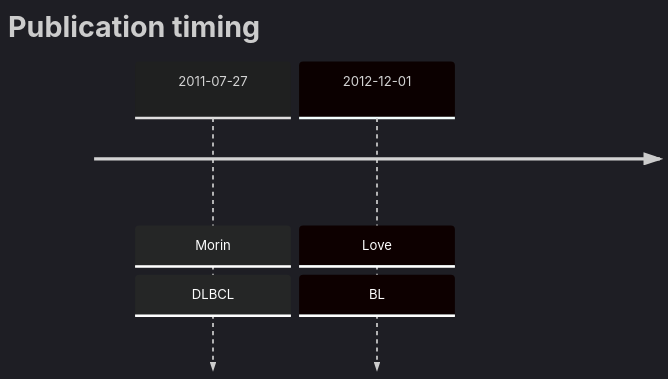
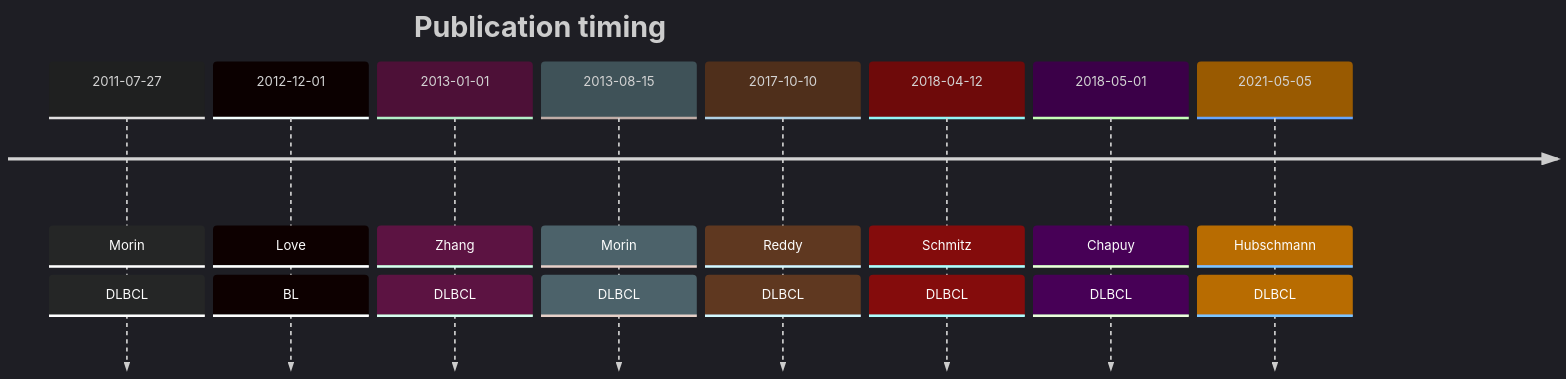
Before and after one commit to morinlab/lymphopedia: the diagram in BCL6.md, drawn with Mermaid.

````diff
--- a/BCL6.md
+++ b/BCL6.md
@@ -13,7 +13,13 @@
 ```mermaid
 %%{init: { 'logLevel': 'debug', 'theme': 'dark' } }%%
 timeline
     title Publication timing
-      2011-07-27 : Morin : DLBCL
-      2012-12-01 : Love : BL
+2011-07-27 : Morin : DLBCL
+2012-12-01 : Love : BL
+2013-01-01 : Zhang : DLBCL
+2013-08-15 : Morin : DLBCL
+2017-10-10 : Reddy : DLBCL
+2018-04-12 : Schmitz : DLBCL
+2018-05-01 : Chapuy : DLBCL
+2021-05-05 : Hubschmann : DLBCL
 ```
````
